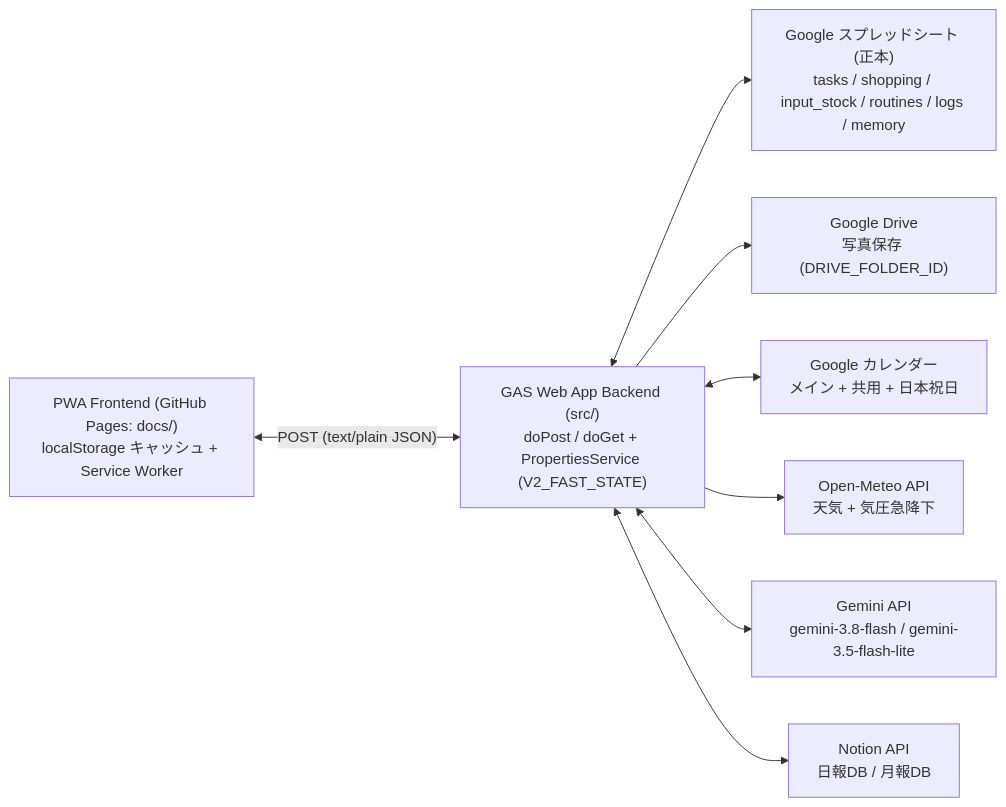
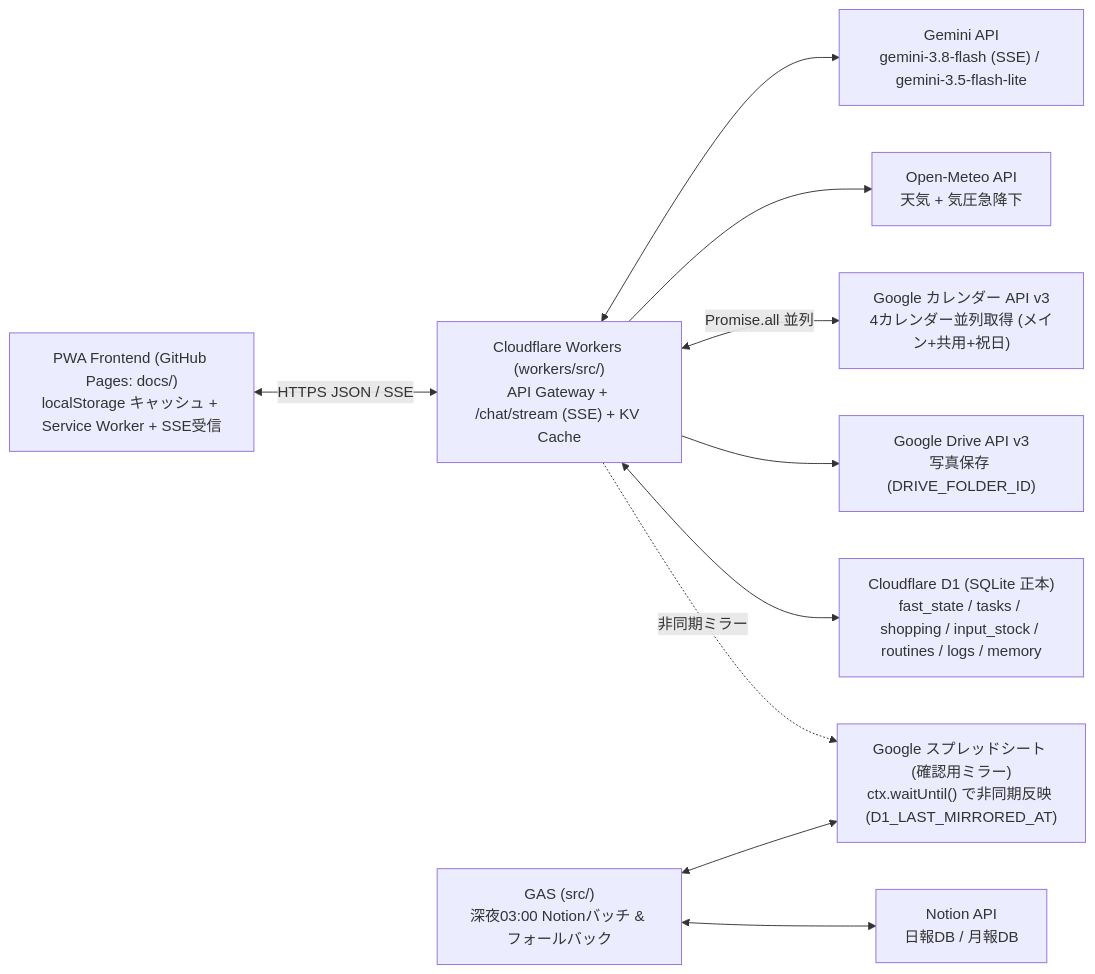
The diagram in SPEC.md (agehapia13-art/daily-companion), drawn with Mermaid before and after one commit. The commit also changed other lines of this file and 3 other files, not shown here.

Commit message:
docs: clarify Cloudflare Workers + D1 as primary realtime backend across AGENTS, SPEC, README, and diagnostics skill

````diff
--- a/SPEC.md
+++ b/SPEC.md
@@ -45,19 +48,23 @@
 ```mermaid
 flowchart LR
-  PWA["PWA Frontend (GitHub Pages: docs/)<br/>localStorage キャッシュ + Service Worker"]
-  GAS["GAS Web App Backend (src/)<br/>doPost / doGet + PropertiesService (V2_FAST_STATE)"]
-  SS["Google スプレッドシート (正本)<br/>tasks / shopping / input_stock / routines / logs / memory"]
-  Drive["Google Drive<br/>写真保存 (DRIVE_FOLDER_ID)"]
-  Cal["Google カレンダー<br/>メイン + 共用 + 日本祝日"]
+  PWA["PWA Frontend (GitHub Pages: docs/)<br/>localStorage キャッシュ + Service Worker + SSE受信"]
+  CFW["Cloudflare Workers (workers/src/)<br/>API Gateway + /chat/stream (SSE) + KV Cache"]
+  D1["Cloudflare D1 (SQLite 正本)<br/>fast_state / tasks / shopping / input_stock / routines / logs / memory"]
+  SS["Google スプレッドシート (確認用ミラー)<br/>ctx.waitUntil() で非同期反映 (D1_LAST_MIRRORED_AT)"]
+  GAS["GAS (src/)<br/>深夜03:00 Notionバッチ & フォールバック"]
+  Drive["Google Drive API v3<br/>写真保存 (DRIVE_FOLDER_ID)"]
+  Cal["Google カレンダー API v3<br/>4カレンダー並列取得 (メイン+共用+祝日)"]
   Weather["Open-Meteo API<br/>天気 + 気圧急降下"]
-  Gemini["Gemini API<br/>gemini-3.8-flash / gemini-3.5-flash-lite"]
+  Gemini["Gemini API<br/>gemini-3.8-flash (SSE) / gemini-3.5-flash-lite"]
   Notion["Notion API<br/>日報DB / 月報DB"]
 
-  PWA <-->|"POST (text/plain JSON)"| GAS
+  PWA <-->|"HTTPS JSON / SSE"| CFW
+  CFW <--> D1
+  CFW -.->|"非同期ミラー"| SS
+  CFW --> Drive
+  CFW <-->|"Promise.all 並列"| Cal
+  CFW --> Weather
+  CFW <--> Gemini
   GAS <--> SS
-  GAS --> Drive
-  GAS <--> Cal
-  GAS --> Weather
-  GAS <--> Gemini
   GAS <--> Notion
 ```
````
